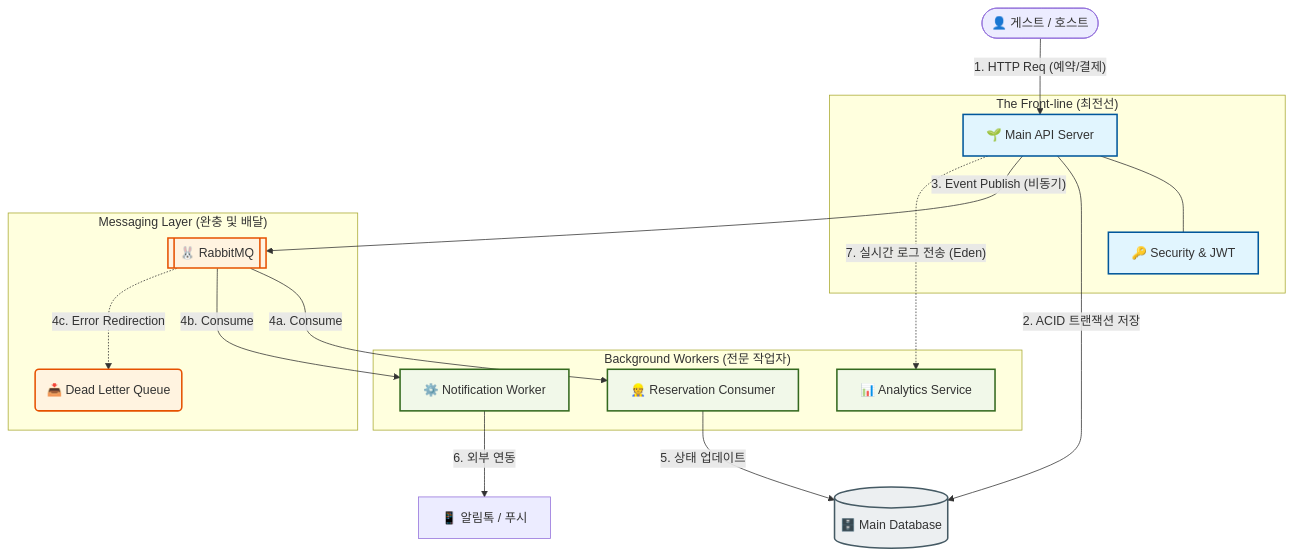
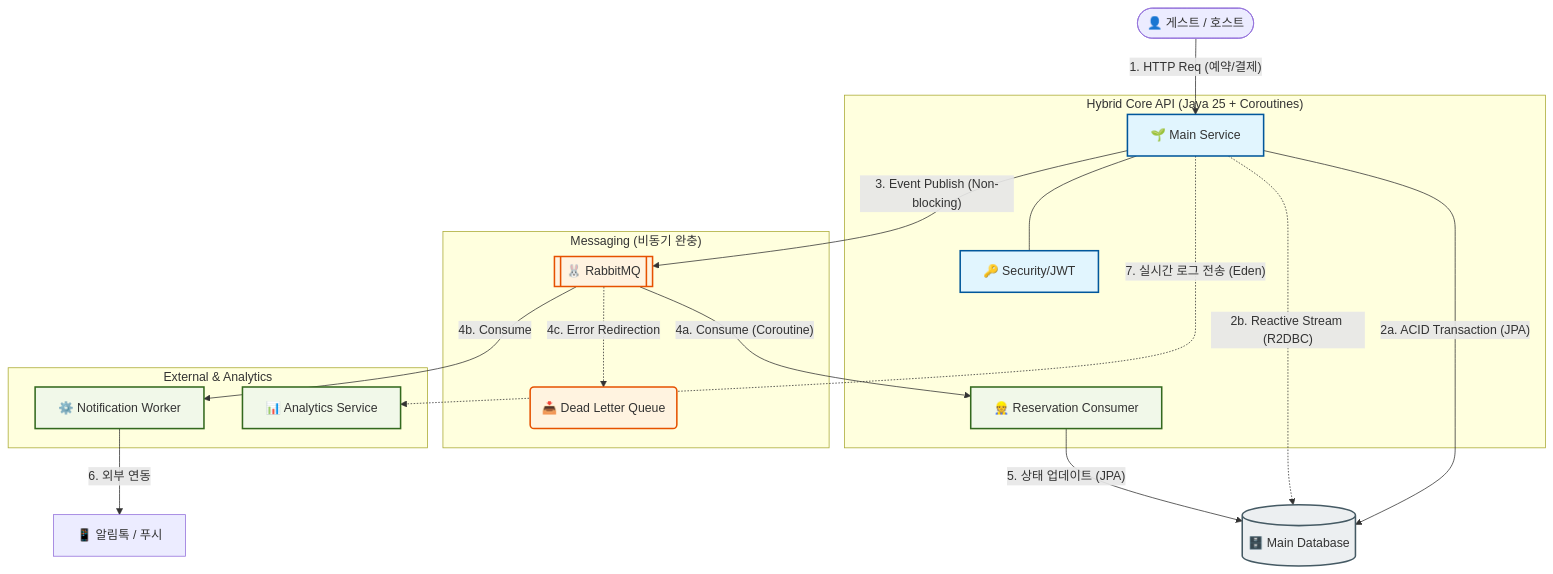
The diagram in README.md (reha-design/Nextstay), drawn with Mermaid before and after one commit. The commit also changed other lines of this file and 3 other files, not shown here.

````diff
--- a/README.md
+++ b/README.md
@@ -14,56 +22,57 @@
 ```mermaid
 graph TD
     %% 사용자 영역
     User([👤 게스트 / 호스트])
 
-    %% 최전선 보호막 (API Gateway & Auth)
-    subgraph Frontline ["The Front-line (최전선)"]
-        API[🌱 Main API Server]
-        Auth[🔑 Security & JWT]
+    %% 최전선 보호막 (Hybrid Core API)
+    subgraph Core ["Hybrid Core API (Java 25 + Coroutines)"]
+        API[🌱 Main Service]
+        Auth[🔑 Security/JWT]
+        Consumer[👷 Reservation Consumer]
     end
 
     %% 메시지 브로커 (완충 지대)
-    subgraph Messaging ["Messaging Layer (완충 및 배달)"]
+    subgraph Messaging ["Messaging (비동기 완충)"]
         MQ[[🐰 RabbitMQ]]
         DLQ(📥 Dead Letter Queue)
     end
 
-    %% 백그라운드 처리 영역
-    subgraph Workers ["Background Workers (전문 작업자)"]
-        Consumer[👷 Reservation Consumer]
+    %% 백그라운드 처리 및 타 서비스
+    subgraph External ["External & Analytics"]
         GoWorker[⚙️ Notification Worker]
         Analytics[📊 Analytics Service]
     end
 
     %% 데이터 저장소
     DB[(🗄️ Main Database)]
 
     %% 흐름 연결
     User -- "1. HTTP Req (예약/결제)" --> API
     API --- Auth
-    API -- "2. ACID 트랜잭션 저장" --> DB
+    API -- "2a. ACID Transaction (JPA)" --> DB
+    API -. "2b. Reactive Stream (R2DBC)" .-> DB
     
     %% RabbitMQ 발행
-    API -- "3. Event Publish (비동기)" --> MQ
+    API -- "3. Event Publish (Non-blocking)" --> MQ
     
     %% RabbitMQ 구독 및 소비
-    MQ -- "4a. Consume" --> Consumer
+    MQ -- "4a. Consume (Coroutine)" --> Consumer
     MQ -- "4b. Consume" --> GoWorker
     MQ -. "4c. Error Redirection" .-> DLQ
     
     %% 후속 작업
-    Consumer -- "5. 상태 업데이트" --> DB
+    Consumer -- "5. 상태 업데이트 (JPA)" --> DB
     GoWorker -- "6. 외부 연동" --> SMS["📱 알림톡 / 푸시"]
     API -. "7. 실시간 로그 전송 (Eden)" .-> Analytics
 
     %% 스타일링
     classDef frontline fill:#e1f5fe,stroke:#01579b,stroke-width:2px;
     classDef broker fill:#fff3e0,stroke:#e65100,stroke-width:2px;
     classDef worker fill:#f1f8e9,stroke:#33691e,stroke-width:2px;
     classDef storage fill:#eceff1,stroke:#455a64,stroke-width:2px;
     
     class API,Auth frontline;
     class MQ,DLQ broker;
     class Consumer,GoWorker,Analytics worker;
     class DB storage;
 ```
````
